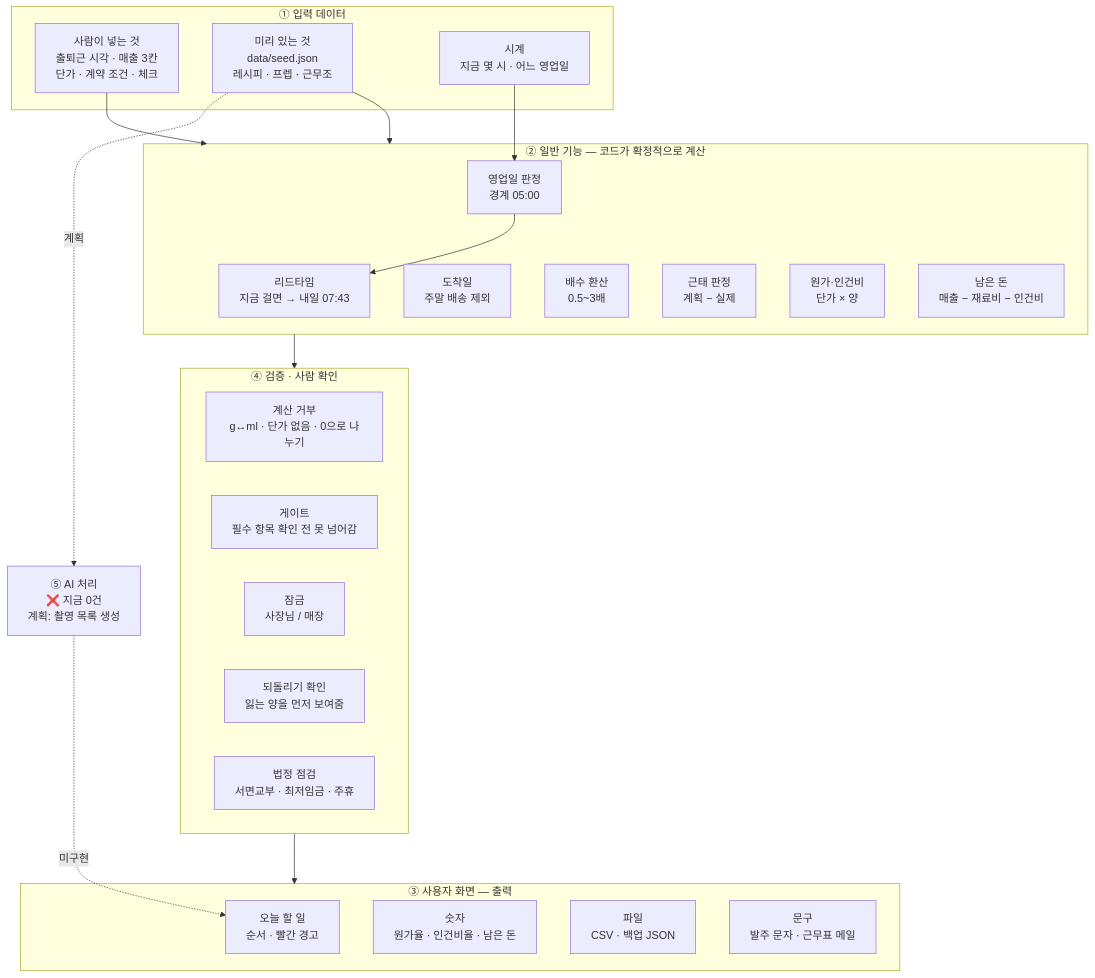
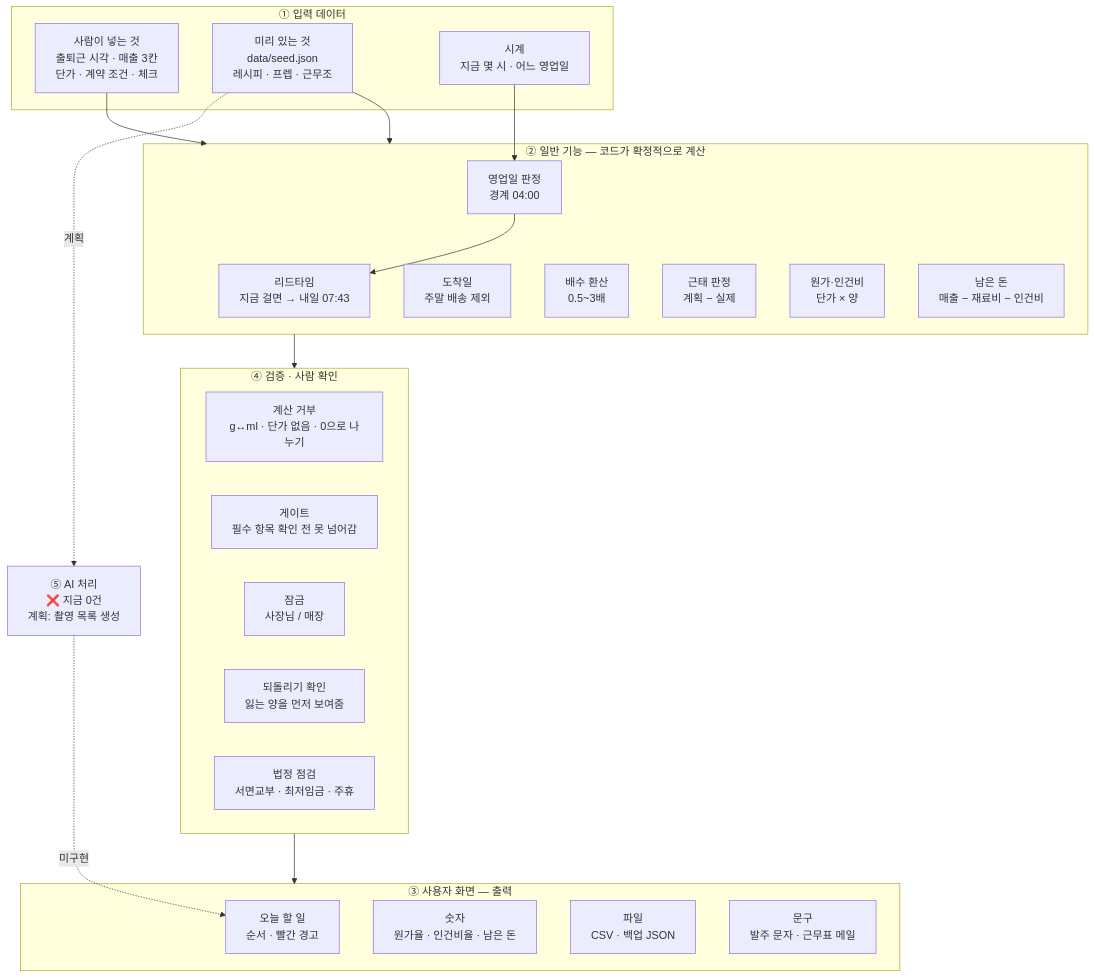
Before and after one commit to JJ0829/store-note: the diagram in docs/deliverables/20_기능흐름도.md, drawn with Mermaid. The commit also changed other lines of this file, not shown here.

````diff
--- a/docs/deliverables/20_기능흐름도.md
+++ b/docs/deliverables/20_기능흐름도.md
@@ -170,44 +170,44 @@
 ```mermaid
 flowchart TB
   subgraph IN["① 입력 데이터"]
     I1["사람이 넣는 것<br/>출퇴근 시각 · 매출 3칸<br/>단가 · 계약 조건 · 체크"]
     I2["미리 있는 것<br/>data/seed.json<br/>레시피 · 프렙 · 근무조"]
     I3["시계<br/>지금 몇 시 · 어느 영업일"]
   end
 
   subgraph CALC["② 일반 기능 — 코드가 확정적으로 계산"]
     C1["리드타임<br/>지금 걸면 → 내일 07:43"]
     C2["도착일<br/>주말 배송 제외"]
     C3["배수 환산<br/>0.5~3배"]
     C4["근태 판정<br/>계획 − 실제"]
     C5["원가·인건비<br/>단가 × 양"]
     C6["남은 돈<br/>매출 − 재료비 − 인건비"]
-    C7["영업일 판정<br/>경계 05:00"]
+    C7["영업일 판정<br/>경계 04:00"]
   end
 
   subgraph GUARD["④ 검증 · 사람 확인"]
     G1["계산 거부<br/>g↔ml · 단가 없음 · 0으로 나누기"]
     G2["게이트<br/>필수 항목 확인 전 못 넘어감"]
     G3["잠금<br/>사장님 / 매장"]
     G4["되돌리기 확인<br/>잃는 양을 먼저 보여줌"]
     G5["법정 점검<br/>서면교부 · 최저임금 · 주휴"]
   end
 
   subgraph OUT["③ 사용자 화면 — 출력"]
     O1["오늘 할 일<br/>순서 · 빨간 경고"]
     O2["숫자<br/>원가율 · 인건비율 · 남은 돈"]
     O3["파일<br/>CSV · 백업 JSON"]
     O4["문구<br/>발주 문자 · 근무표 메일"]
   end
 
   AI["⑤ AI 처리<br/>❌ 지금 0건<br/>계획: 촬영 목록 생성"]
 
   I1 --> CALC
   I2 --> CALC
   I3 --> C7
   C7 --> C1
   CALC --> GUARD
   GUARD --> OUT
   I2 -.->|"계획"| AI
   AI -.->|"미구현"| O1
 ```
````
